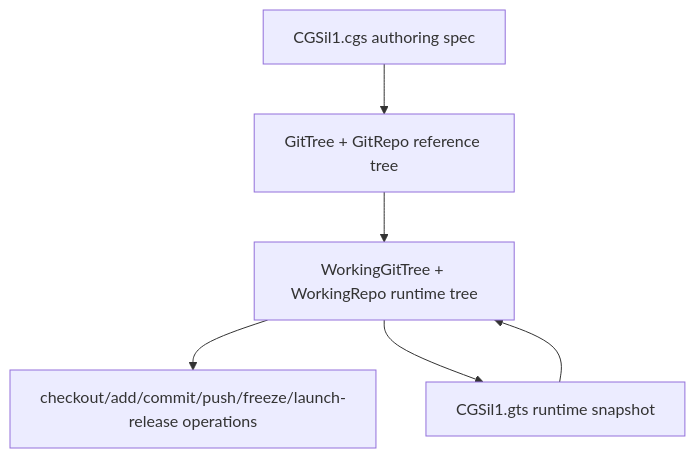
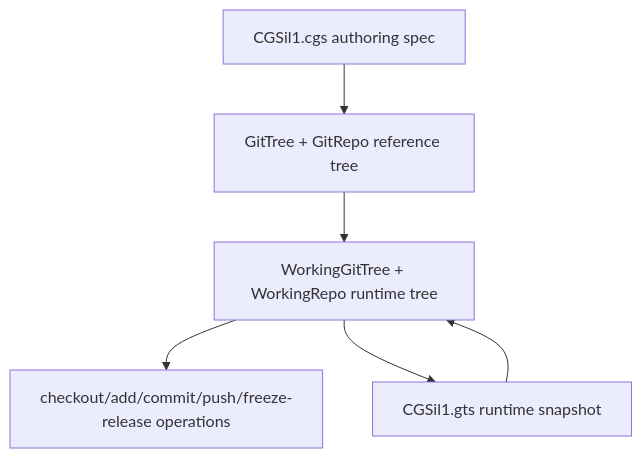
One commit to flipoyo/ComplexGitSync changed the second of 2 diagrams in tutorials/01_first_multi_repo_workspace.md. Above: the diagram before and after it, drawn with Mermaid. The commit also changed other lines of this file and 43 other files, not shown here.

Commit message:
cgitsync4.0.0 Removed ten old commands and flags (force-reclone, clean-init, purge, freeze, freeze-release-force, launch-release, clone, configure, create-cgs, force-gitignore-sync) so nothing can delete work that no remote holds; see CHANGELOG.md for what to run instead.

````diff
--- a/tutorials/01_first_multi_repo_workspace.md
+++ b/tutorials/01_first_multi_repo_workspace.md
@@ -84,8 +84,8 @@
 ```mermaid
 flowchart TD
     CGS[CGSil1.cgs authoring spec] --> REF[GitTree + GitRepo reference tree]
     REF --> WORK[WorkingGitTree + WorkingRepo runtime tree]
-    WORK --> OPS[checkout/add/commit/push/freeze/launch-release operations]
+    WORK --> OPS[checkout/add/commit/push/freeze-release operations]
     WORK --> GTS[CGSil1.gts runtime snapshot]
     GTS --> WORK
 ```
````
